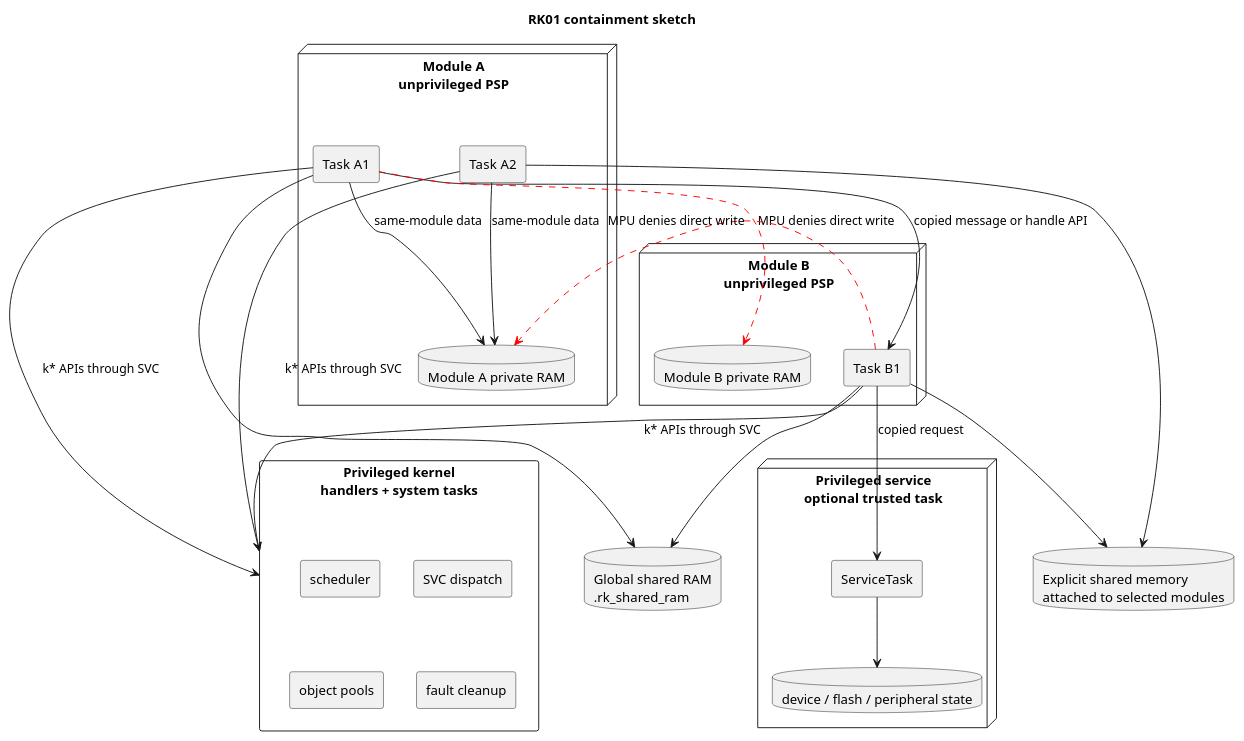
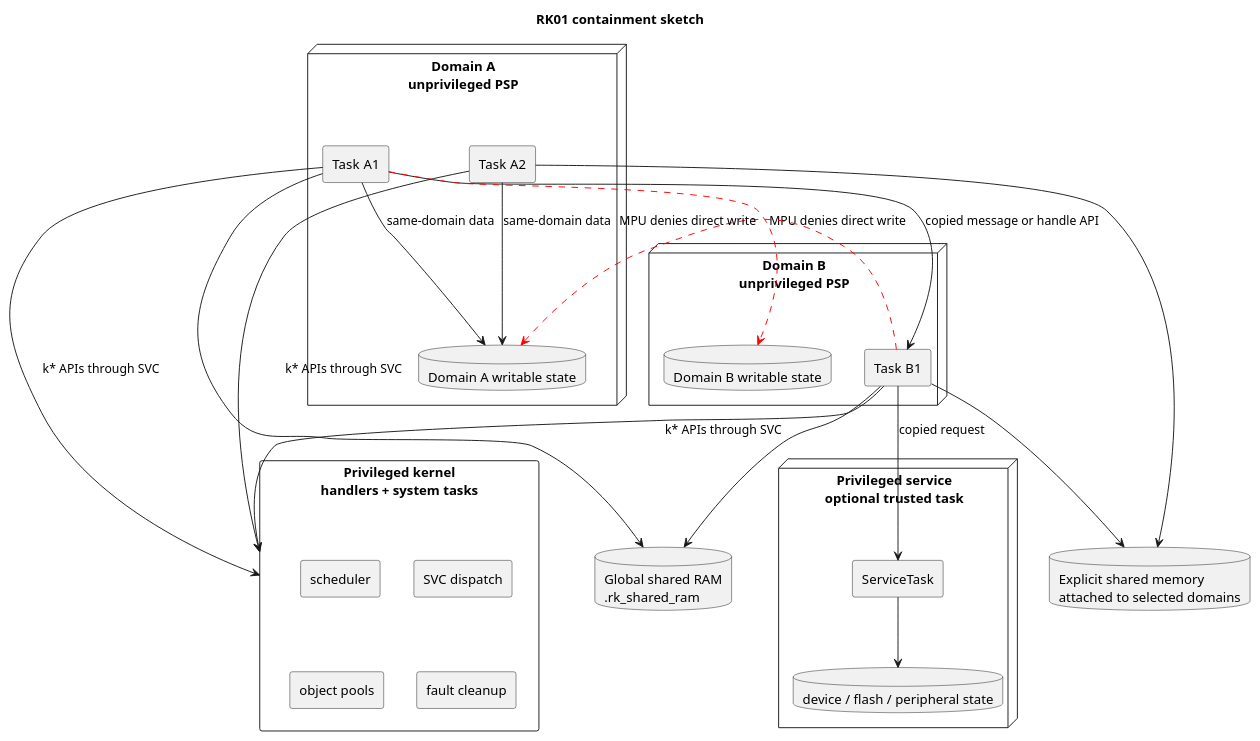
Before and after one commit to antoniogiacomelli/RK01: the diagram in docs/readme_architecture_sketch.puml, drawn with PlantUML. The commit also changed 63 other files, not shown here.

```diff
--- a/docs/readme_architecture_sketch.puml
+++ b/docs/readme_architecture_sketch.puml
@@ -2,45 +2,45 @@
 @startuml
 title RK01 containment sketch
 skinparam componentStyle rectangle
 
 rectangle "Privileged kernel\nhandlers + system tasks" as Kernel {
   component "scheduler" as Scheduler
   component "SVC dispatch" as SVC
   component "object pools" as Pools
   component "fault cleanup" as FaultCleanup
 }
 
-node "Module A\nunprivileged PSP" as ModuleA {
+node "Domain A\nunprivileged PSP" as DomainA {
   component "Task A1" as TaskA1
   component "Task A2" as TaskA2
-  database "Module A private RAM" as ModuleARam
+  database "Domain A writable state" as DomainARam
 }
 
-node "Module B\nunprivileged PSP" as ModuleB {
+node "Domain B\nunprivileged PSP" as DomainB {
   component "Task B1" as TaskB1
-  database "Module B private RAM" as ModuleBRam
+  database "Domain B writable state" as DomainBRam
 }
 
 node "Privileged service\noptional trusted task" as Service {
   component "ServiceTask" as ServiceTask
   database "device / flash / peripheral state" as DeviceState
 }
 
 database "Global shared RAM\n.rk_shared_ram" as GlobalShared
-database "Explicit shared memory\nattached to selected modules" as ExplicitShared
+database "Explicit shared memory\nattached to selected domains" as ExplicitShared
 
 TaskA1 --> Kernel : k* APIs through SVC
 TaskA2 --> Kernel : k* APIs through SVC
 TaskB1 --> Kernel : k* APIs through SVC
-TaskA1 --> ModuleARam : same-module data
-TaskA2 --> ModuleARam : same-module data
+TaskA1 --> DomainARam : same-domain data
+TaskA2 --> DomainARam : same-domain data
 TaskA1 --> GlobalShared
 TaskB1 --> GlobalShared
 TaskA2 --> ExplicitShared
 TaskB1 --> ExplicitShared
 TaskA1 --> TaskB1 : copied message or handle API
 TaskB1 --> ServiceTask : copied request
 ServiceTask --> DeviceState
-TaskA1 -[#red,dashed]-> ModuleBRam : MPU denies direct write
-TaskB1 -[#red,dashed]-> ModuleARam : MPU denies direct write
+TaskA1 -[#red,dashed]-> DomainBRam : MPU denies direct write
+TaskB1 -[#red,dashed]-> DomainARam : MPU denies direct write
 @enduml
```
